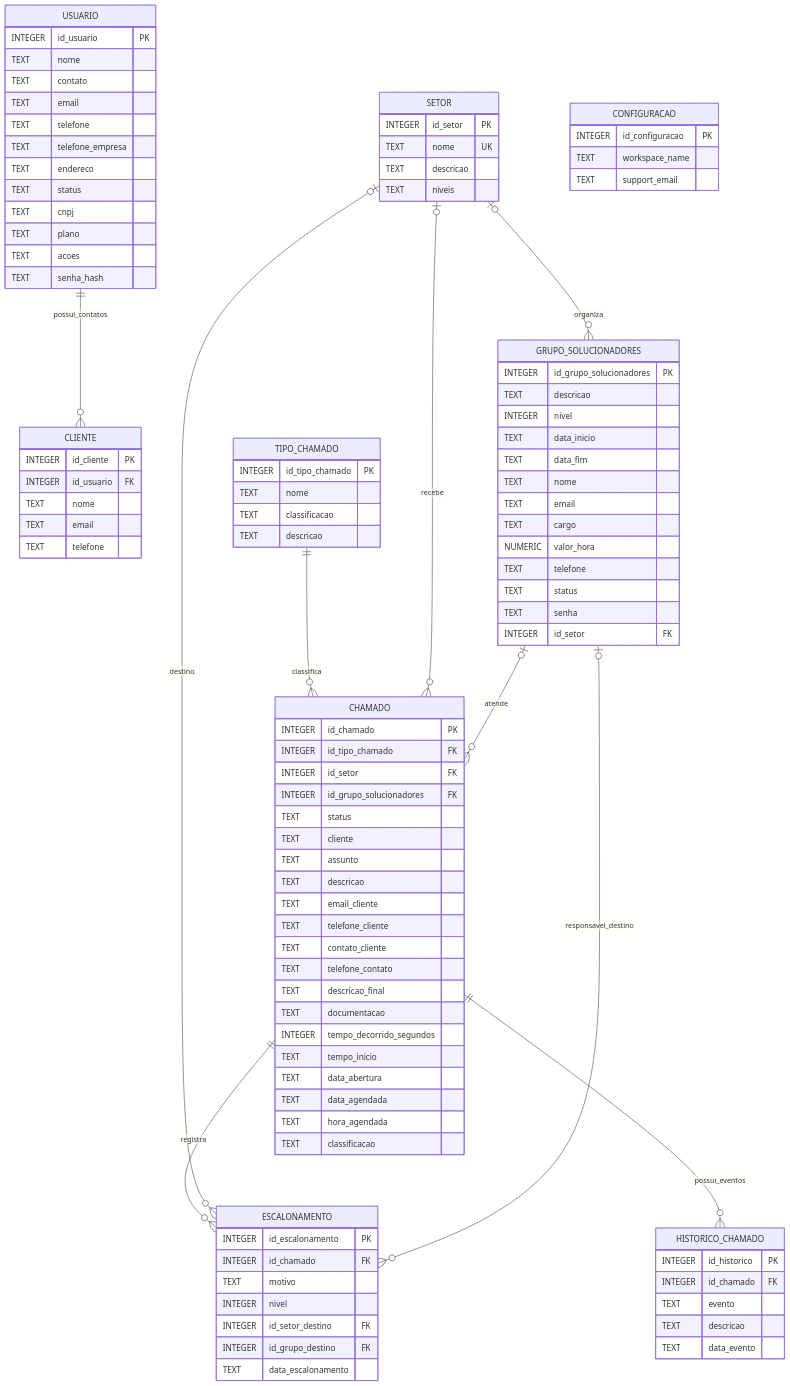
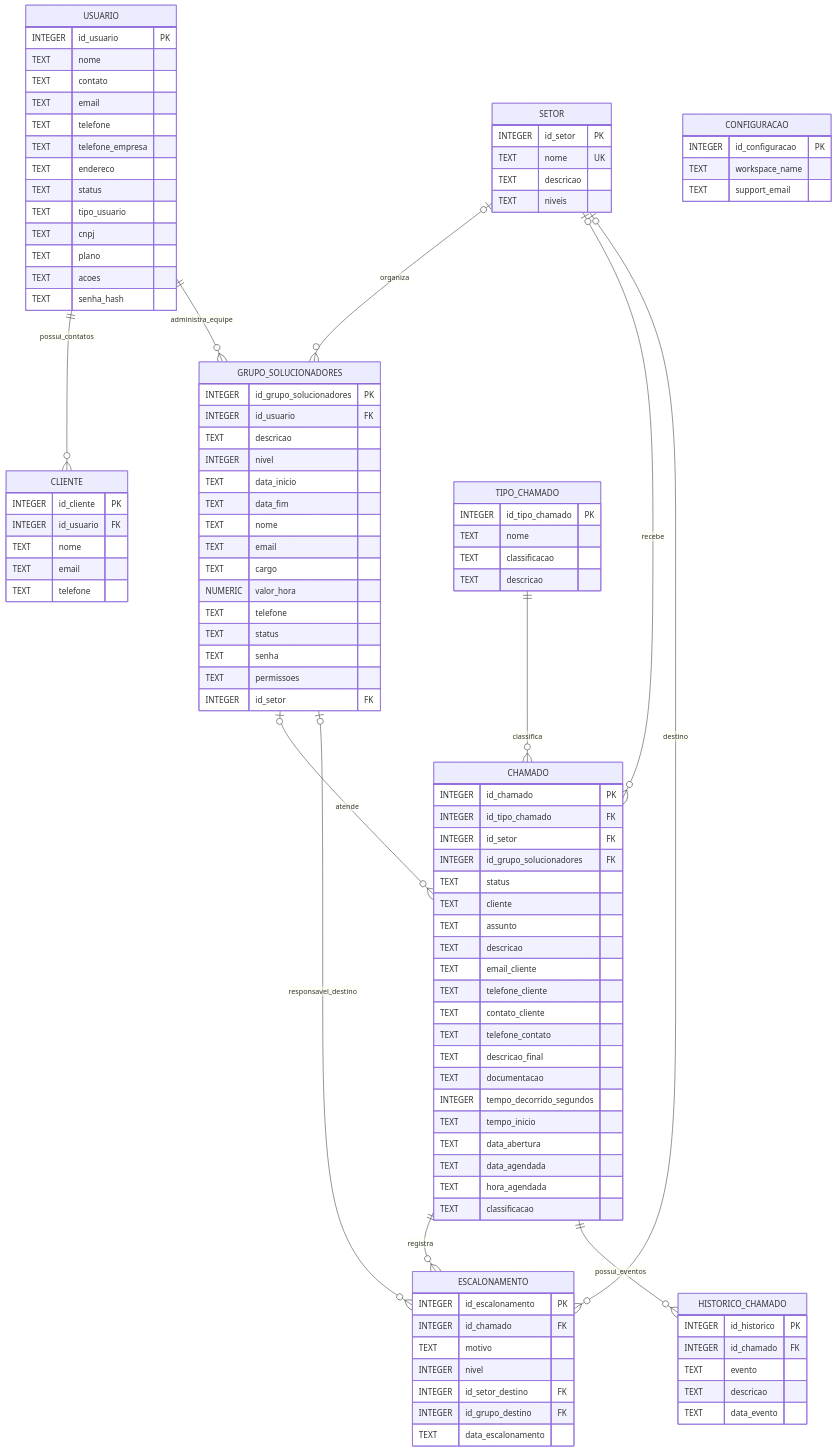
One commit to Carlos-Eduardo20/HelpTI changed the diagram in README.md. Above: the diagram before and after it, drawn with Mermaid. The commit also changed other lines of this file and 9 other files, not shown here.

````diff
--- a/README.md
+++ b/README.md
@@ -56,6 +56,7 @@
 ```mermaid
 erDiagram
 	USUARIO ||--o{ CLIENTE : possui_contatos
+	USUARIO ||--o{ GRUPO_SOLUCIONADORES : administra_equipe
 	TIPO_CHAMADO ||--o{ CHAMADO : classifica
 	SETOR o|--o{ GRUPO_SOLUCIONADORES : organiza
 	SETOR o|--o{ CHAMADO : recebe
@@ -74,6 +75,7 @@
 		TEXT telefone_empresa
 		TEXT endereco
 		TEXT status
+		TEXT tipo_usuario
 		TEXT cnpj
 		TEXT plano
 		TEXT acoes
@@ -100,6 +102,7 @@
 	}
 	GRUPO_SOLUCIONADORES {
 		INTEGER id_grupo_solucionadores PK
+		INTEGER id_usuario FK
 		TEXT descricao
 		INTEGER nivel
 		TEXT data_inicio
@@ -111,6 +114,7 @@
 		TEXT telefone
 		TEXT status
 		TEXT senha
+		TEXT permissoes
 		INTEGER id_setor FK
 	}
 	CHAMADO {
````
